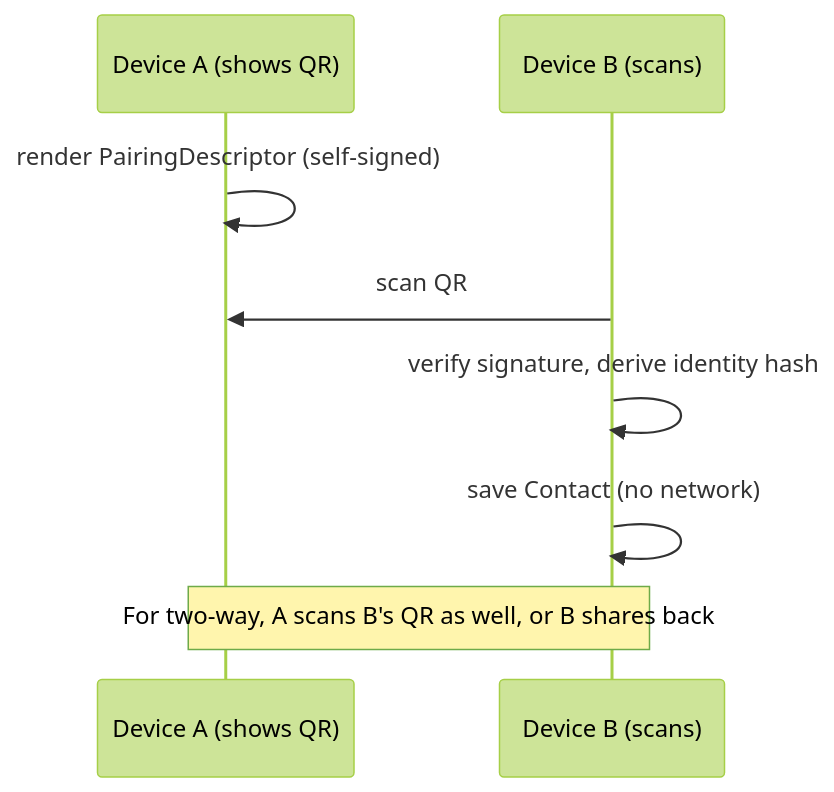
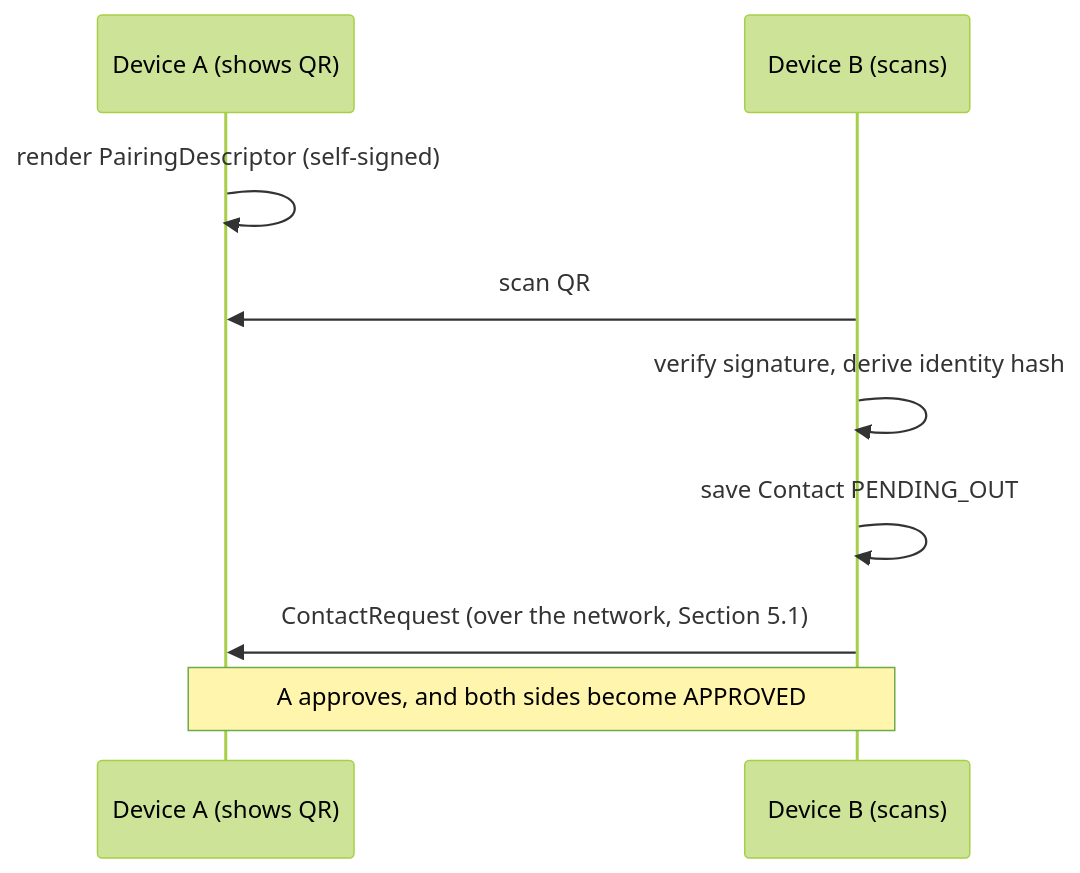
One commit to 0xAsghar/vMessenger changed the third of 6 diagrams in docs/Discovery.md. Above: the diagram before and after it, drawn with Mermaid (forest theme). The commit also changed other lines of this file and 16 other files, not shown here.

````diff
--- a/docs/Discovery.md
+++ b/docs/Discovery.md
@@ -78,10 +83,11 @@
 ```mermaid
 sequenceDiagram
   participant A as Device A (shows QR)
   participant B as Device B (scans)
   A->>A: render PairingDescriptor (self-signed)
   B->>A: scan QR
   B->>B: verify signature, derive identity hash
-  B->>B: save Contact (no network)
-  Note over A,B: For two-way, A scans B's QR as well, or B shares back
+  B->>B: save Contact PENDING_OUT
+  B->>A: ContactRequest (over the network, Section 5.1)
+  Note over A,B: A approves, and both sides become APPROVED
 ```
````
